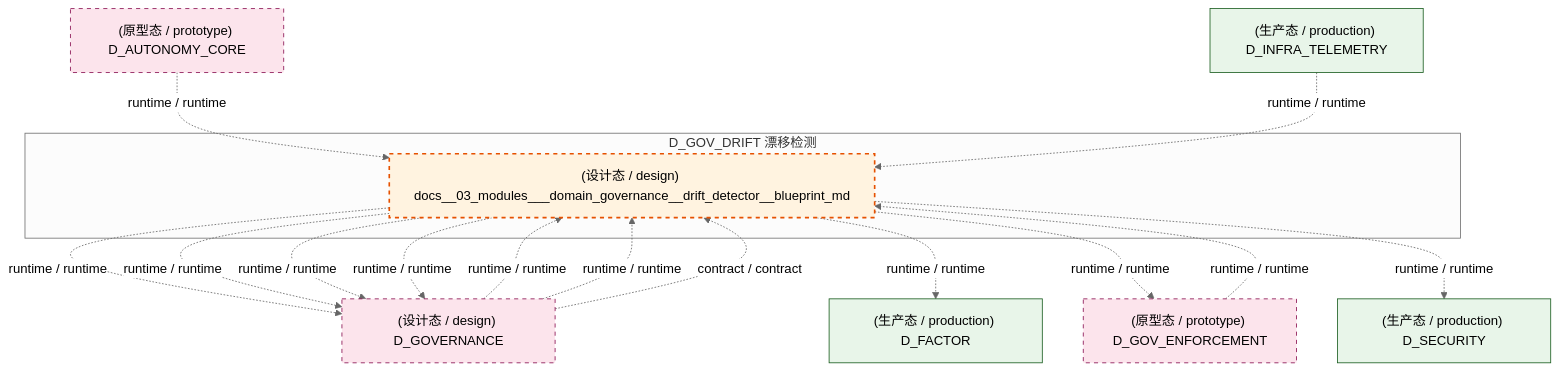
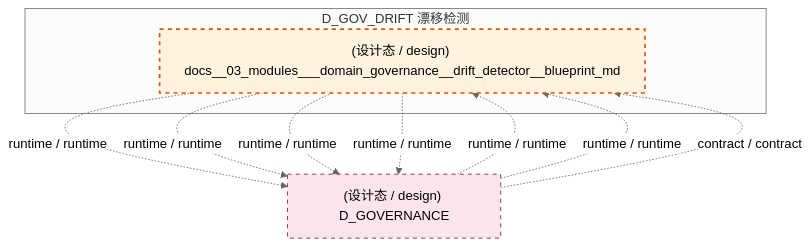
The first of 3 diagrams in docs/02_enterprise_architecture/02_domain_architecture_docs/34_d_gov_drift.md (xuanFelixVan/ZephyrAlpha), drawn with Mermaid (neutral theme) before and after one commit. The commit also changed other lines of this file and 99 other files, not shown here.

````diff
--- a/docs/02_enterprise_architecture/02_domain_architecture_docs/34_d_gov_drift.md
+++ b/docs/02_enterprise_architecture/02_domain_architecture_docs/34_d_gov_drift.md
@@ -64,32 +64,20 @@
 ```mermaid
 graph TD
     subgraph D_GOV_DRIFT["D_GOV_DRIFT 漂移检测"]
         docs_03_modules_domain_governance_drift_detector_blueprint_md["(设计态 / design) docs__03_modules___domain_governance__drift_detector__blueprint_md"]
     end
     D_GOVERNANCE["(设计态 / design) D_GOVERNANCE"]
     docs_03_modules_domain_governance_drift_detector_blueprint_md -.->|runtime / runtime| D_GOVERNANCE
-    D_FACTOR["(生产态 / production) D_FACTOR"]
-    docs_03_modules_domain_governance_drift_detector_blueprint_md -.->|runtime / runtime| D_FACTOR
-    D_GOV_ENFORCEMENT["(原型态 / prototype) D_GOV_ENFORCEMENT"]
-    docs_03_modules_domain_governance_drift_detector_blueprint_md -.->|runtime / runtime| D_GOV_ENFORCEMENT
-    D_SECURITY["(生产态 / production) D_SECURITY"]
-    docs_03_modules_domain_governance_drift_detector_blueprint_md -.->|runtime / runtime| D_SECURITY
     docs_03_modules_domain_governance_drift_detector_blueprint_md -.->|runtime / runtime| D_GOVERNANCE
     docs_03_modules_domain_governance_drift_detector_blueprint_md -.->|runtime / runtime| D_GOVERNANCE
     docs_03_modules_domain_governance_drift_detector_blueprint_md -.->|runtime / runtime| D_GOVERNANCE
-    D_GOV_ENFORCEMENT -.->|runtime / runtime| docs_03_modules_domain_governance_drift_detector_blueprint_md
     D_GOVERNANCE -.->|runtime / runtime| docs_03_modules_domain_governance_drift_detector_blueprint_md
     D_GOVERNANCE -.->|runtime / runtime| docs_03_modules_domain_governance_drift_detector_blueprint_md
     D_GOVERNANCE -.->|contract / contract| docs_03_modules_domain_governance_drift_detector_blueprint_md
-    D_AUTONOMY_CORE["(原型态 / prototype) D_AUTONOMY_CORE"]
-    D_AUTONOMY_CORE -.->|runtime / runtime| docs_03_modules_domain_governance_drift_detector_blueprint_md
-    D_INFRA_TELEMETRY["(生产态 / production) D_INFRA_TELEMETRY"]
-    D_INFRA_TELEMETRY -.->|runtime / runtime| docs_03_modules_domain_governance_drift_detector_blueprint_md
     classDef production fill:#e1f5fe,stroke:#01579b,stroke-width:2px,color:#000
     classDef design fill:#fff3e0,stroke:#e65100,stroke-width:2px,color:#000,stroke-dasharray: 5 5
     classDef external_prod fill:#e8f5e9,stroke:#1b5e20,stroke-width:1px,color:#000
     classDef external_design fill:#fce4ec,stroke:#880e4f,stroke-width:1px,color:#000,stroke-dasharray: 5 5
     class docs_03_modules_domain_governance_drift_detector_blueprint_md design
-    class D_FACTOR,D_SECURITY,D_INFRA_TELEMETRY external_prod
-    class D_GOVERNANCE,D_GOV_ENFORCEMENT,D_AUTONOMY_CORE external_design
+    class D_GOVERNANCE external_design
 ```
````
